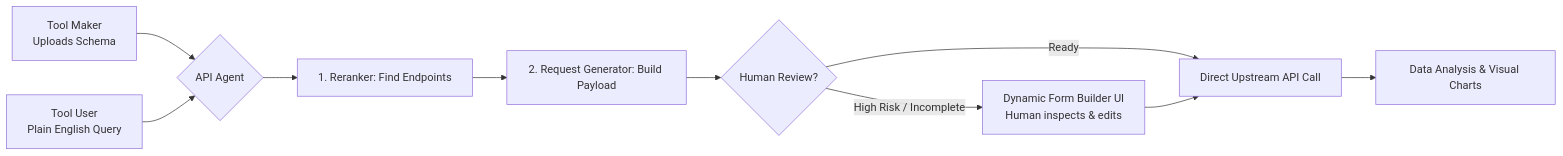
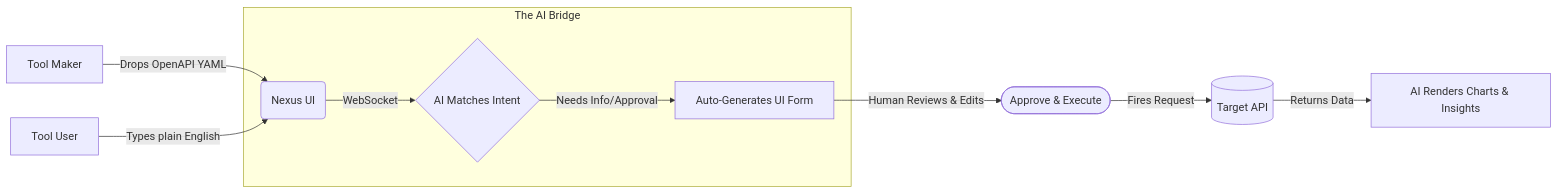
The diagram in README.md (autotask05-pixel/openapiai-cloud), drawn with Mermaid before and after one commit. The commit also changed other lines of this file, not shown here.

````diff
--- a/README.md
+++ b/README.md
@@ -31,15 +38,14 @@
 ```mermaid
 flowchart LR
-    A[Tool Maker\nUploads Schema] --> C{API Agent}
-    B[Tool User\nPlain English Query] --> C
+    A[Tool Maker] -->|Drops OpenAPI YAML| B(Nexus UI)
+    C[Tool User] -->|Types plain English| B
     
-    C --> D[1. Reranker: Find Endpoints]
-    D --> E[2. Request Generator: Build Payload]
+    subgraph The AI Bridge
+        B -->|WebSocket| D{AI Matches Intent}
+        D -->|Needs Info/Approval| E[Auto-Generates UI Form]
+    end
     
-    E --> F{Human Review?}
-    F -- High Risk / Incomplete --> G[Dynamic Form Builder UI\nHuman inspects & edits]
-    F -- Ready --> H[Direct Upstream API Call]
-    G --> H
-    
-    H --> I[Data Analysis & Visual Charts]
+    E -->|Human Reviews & Edits| F([Approve & Execute])
+    F -->|Fires Request| G[(Target API)]
+    G -->|Returns Data| H[AI Renders Charts & Insights]
 ```
````
